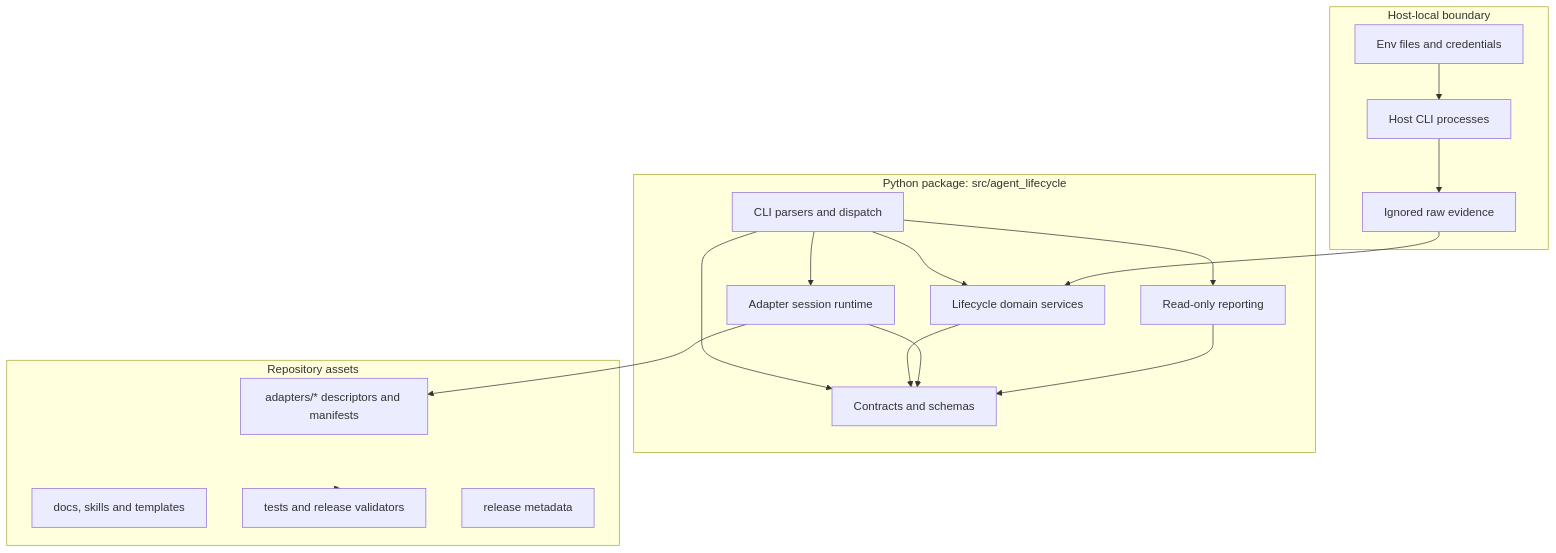
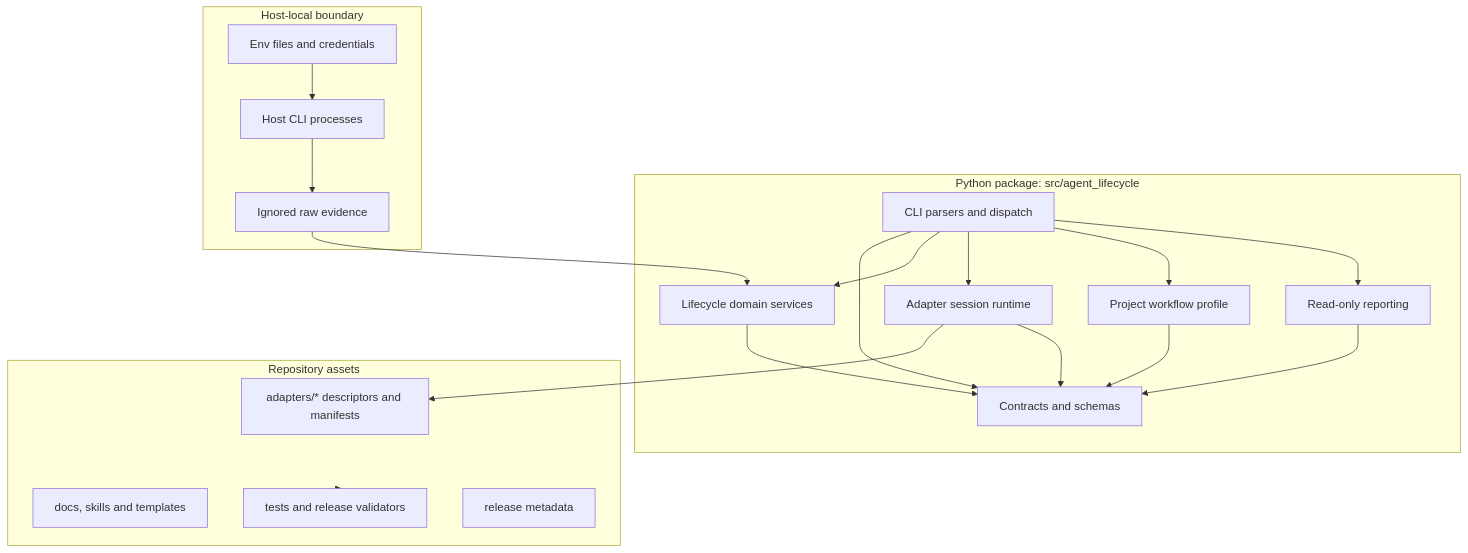
One commit to avksp/agent-lifecycle-kit changed the third of 15 diagrams in docs/architecture/system-architecture.md. Above: the diagram before and after it, drawn with Mermaid. The commit also changed other lines of this file and 61 other files, not shown here.

Commit message:
feat: add project workflow profiles

````diff
--- a/docs/architecture/system-architecture.md
+++ b/docs/architecture/system-architecture.md
@@ -98,36 +98,39 @@
 ```mermaid
 flowchart TB
   subgraph package[Python package: src/agent_lifecycle]
     cli[CLI parsers and dispatch]
     contracts[Contracts and schemas]
     domain[Lifecycle domain services]
     adapters_runtime[Adapter session runtime]
+    project_profile[Project workflow profile]
     reporting[Read-only reporting]
   end
 
   subgraph source[Repository assets]
     adapter_files[adapters/* descriptors and manifests]
     docs[docs, skills and templates]
     tests[tests and release validators]
     release[release metadata]
   end
 
   subgraph local[Host-local boundary]
     host_cli[Host CLI processes]
     host_env[Env files and credentials]
     raw_receipts[Ignored raw evidence]
   end
 
   cli --> contracts
   cli --> domain
   cli --> adapters_runtime
+  cli --> project_profile
   cli --> reporting
   domain --> contracts
   adapters_runtime --> adapter_files
   adapters_runtime --> contracts
   reporting --> contracts
+  project_profile --> contracts
   source --> tests
   host_env --> host_cli
   host_cli --> raw_receipts
   raw_receipts --> domain
 ```
````
